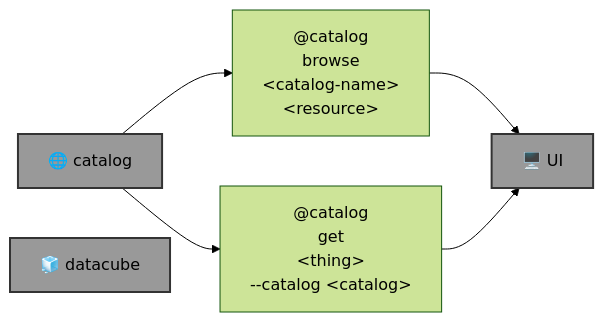
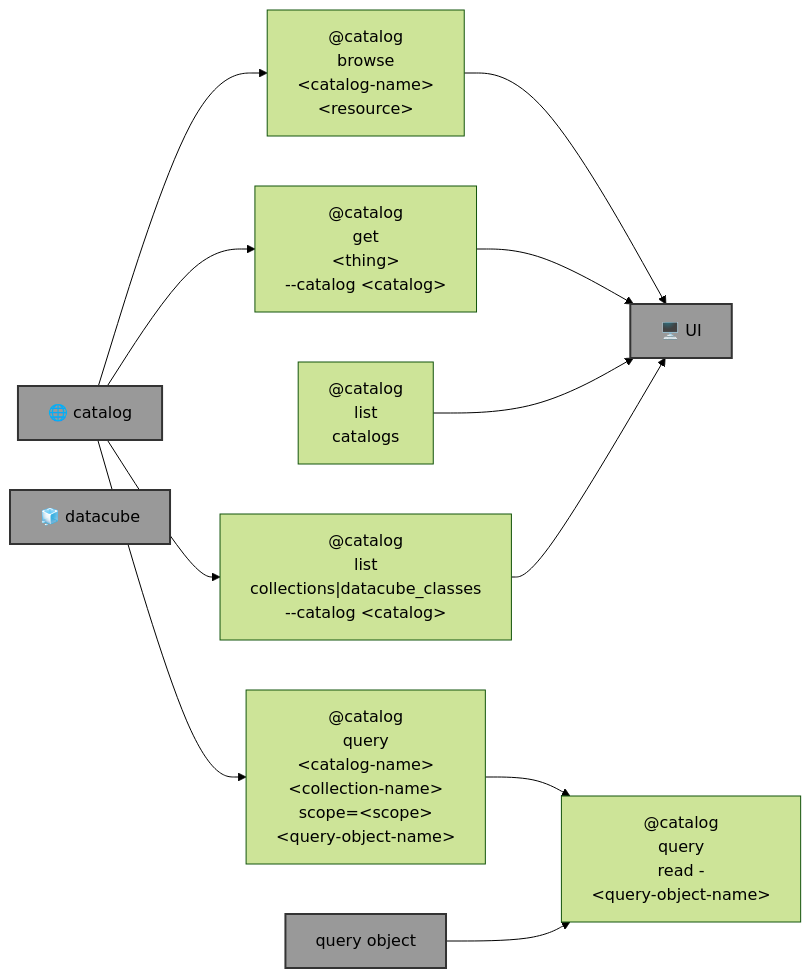
The diagram in README.md (kamangir/blue-geo), drawn with Mermaid (forest theme) before and after one commit. The commit also changed other lines of this file and 3 other files, not shown here.

````diff
--- a/README.md
+++ b/README.md
@@ -9,17 +9,32 @@
 ```mermaid
 graph LR
     catalog_browse["@catalog<br>browse<br>&lt;catalog-name&gt;<br>&lt;resource&gt;"]
     catalog_get["@catalog<br>get<br>&lt;thing&gt;<br>--catalog &lt;catalog&gt;"]
+    catalog_list_catalogs["@catalog<br>list<br>catalogs"]
+    catalog_list["@catalog<br>list<br>collections|datacube_classes<br>--catalog &lt;catalog&gt;"]
+    catalog_query["@catalog<br>query<br>&lt;catalog-name&gt;<br>&lt;collection-name&gt;<br>scope=&lt;scope&gt;<br>&lt;query-object-name&gt;"]
+    catalog_query_read["@catalog<br>query<br>read -<br>&lt;query-object-name&gt;"]
 
     catalog["🌐 catalog"]:::folder
     datacube_id["🧊 datacube"]:::folder
     UI["🖥️ UI"]:::folder
+    query_object["query object"]:::folder
 
     catalog --> catalog_browse
     catalog_browse --> UI
 
     catalog --> catalog_get
     catalog_get --> UI
 
+    catalog_list_catalogs --> UI
+
+    catalog --> catalog_list
+    catalog_list --> UI
+
+    catalog --> catalog_query
+    catalog_query --> catalog_query_read
+
+    query_object --> catalog_query_read
+
     classDef folder fill:#999,stroke:#333,stroke-width:2px;
 ```
````
